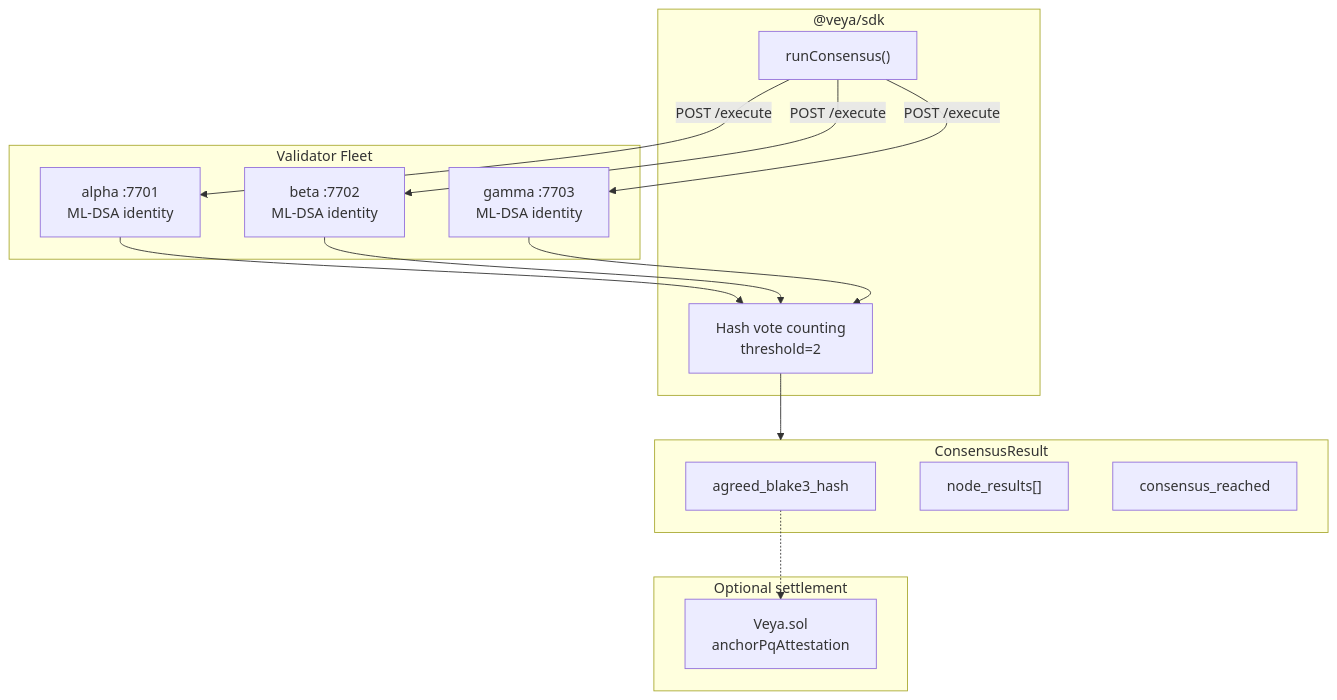
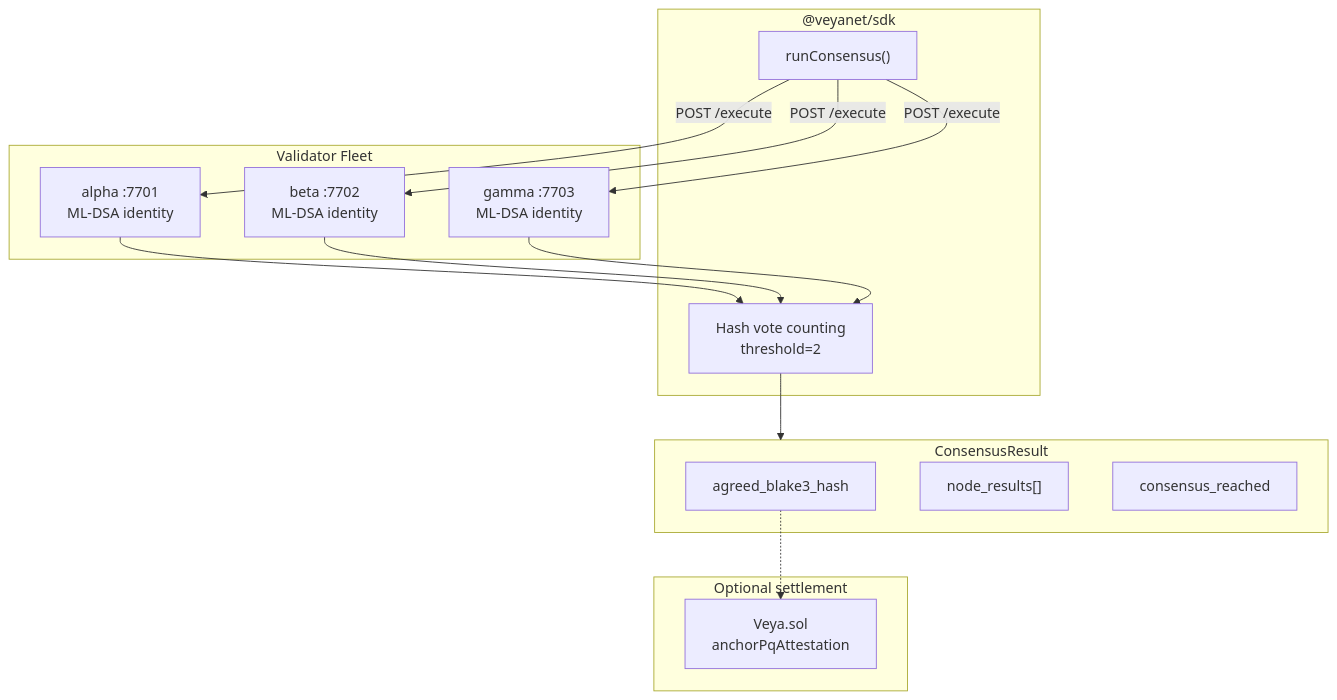
One commit to veyanet/veya-sdk changed the first of 4 diagrams in docs/sdk/decentralized-compute.md. Above: the diagram before and after it, drawn with Mermaid. The commit also changed other lines of this file and 34 other files, not shown here.

Commit message:
refactor(sdk): update package scope to @veyanet/sdk

````diff
--- a/docs/sdk/decentralized-compute.md
+++ b/docs/sdk/decentralized-compute.md
@@ -87,32 +87,32 @@
 ```mermaid
 flowchart TB
-    subgraph SDK["@veya/sdk"]
+    subgraph SDK["@veyanet/sdk"]
         RC["runConsensus()"]
         EQ["Hash vote counting\nthreshold=2"]
     end
 
     subgraph Fleet["Validator Fleet"]
         V1["alpha :7701\nML-DSA identity"]
         V2["beta :7702\nML-DSA identity"]
         V3["gamma :7703\nML-DSA identity"]
     end
 
     subgraph Output["ConsensusResult"]
         AG["agreed_blake3_hash"]
         NR["node_results[]"]
         CR["consensus_reached"]
     end
 
     subgraph Chain["Optional settlement"]
         VEYA["Veya.sol\nanchorPqAttestation"]
     end
 
     RC -->|"POST /execute"| V1
     RC -->|"POST /execute"| V2
     RC -->|"POST /execute"| V3
     V1 --> EQ
     V2 --> EQ
     V3 --> EQ
     EQ --> Output
     AG -.-> VEYA
 ```
````
